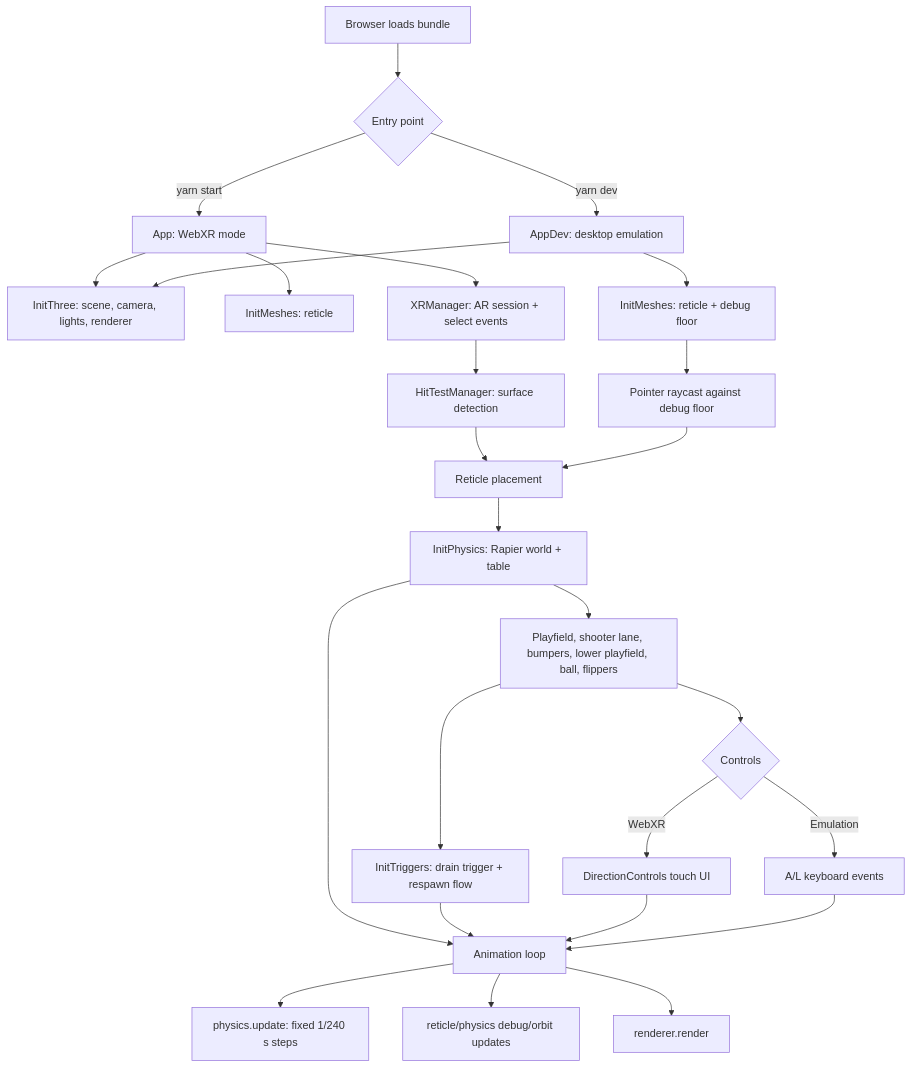
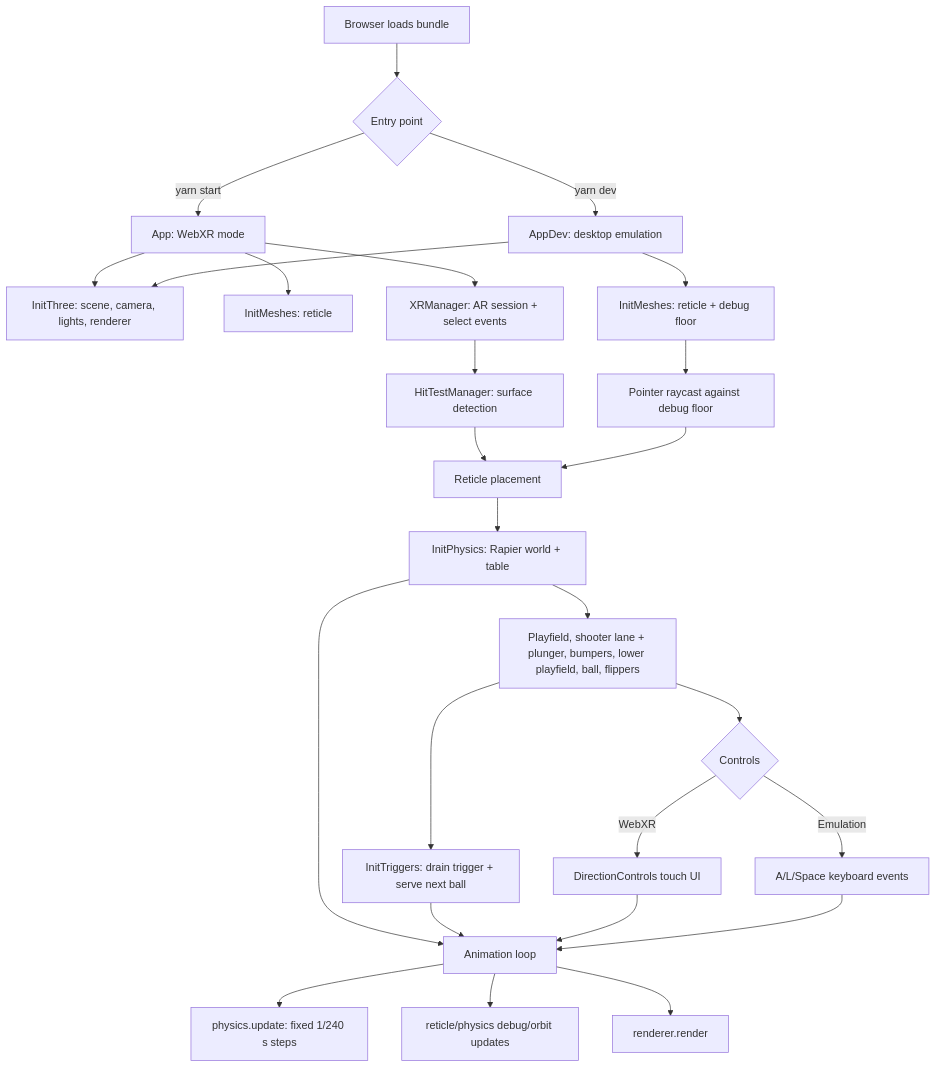
Before and after one commit to patrick-s-young/pinball-xr: the diagram in README.md, drawn with Mermaid. The commit also changed other lines of this file and 17 other files, not shown here.

First line of the commit message:
add a player-controlled plunger and one-way shooter lane gate

````diff
--- a/README.md
+++ b/README.md
@@ -30,32 +30,32 @@
 ```mermaid
 flowchart TD
     Start["Browser loads bundle"] --> Entry{"Entry point"}
     Entry -->|"yarn start"| XRApp["App: WebXR mode"]
     Entry -->|"yarn dev"| DevApp["AppDev: desktop emulation"]
 
     XRApp --> InitThree["InitThree: scene, camera, lights, renderer"]
     DevApp --> InitThree
     XRApp --> InitMeshes["InitMeshes: reticle"]
     DevApp --> InitMeshesDev["InitMeshes: reticle + debug floor"]
 
     XRApp --> XRManager["XRManager: AR session + select events"]
     XRManager --> HitTest["HitTestManager: surface detection"]
     HitTest --> Placement["Reticle placement"]
     InitMeshesDev --> Raycast["Pointer raycast against debug floor"]
     Raycast --> Placement
 
     Placement --> InitPhysics["InitPhysics: Rapier world + table"]
-    InitPhysics --> Bodies["Playfield, shooter lane, bumpers, lower playfield, ball, flippers"]
-    Bodies --> Triggers["InitTriggers: drain trigger + respawn flow"]
+    InitPhysics --> Bodies["Playfield, shooter lane + plunger, bumpers, lower playfield, ball, flippers"]
+    Bodies --> Triggers["InitTriggers: drain trigger + serve next ball"]
     Bodies --> Controls{"Controls"}
     Controls -->|"WebXR"| TouchControls["DirectionControls touch UI"]
-    Controls -->|"Emulation"| KeyEvents["A/L keyboard events"]
+    Controls -->|"Emulation"| KeyEvents["A/L/Space keyboard events"]
 
     InitPhysics --> Loop["Animation loop"]
     Triggers --> Loop
     TouchControls --> Loop
     KeyEvents --> Loop
     Loop --> Physics["physics.update: fixed 1/240 s steps"]
     Loop --> Updates["reticle/physics debug/orbit updates"]
     Loop --> Render["renderer.render"]
 ```
````
